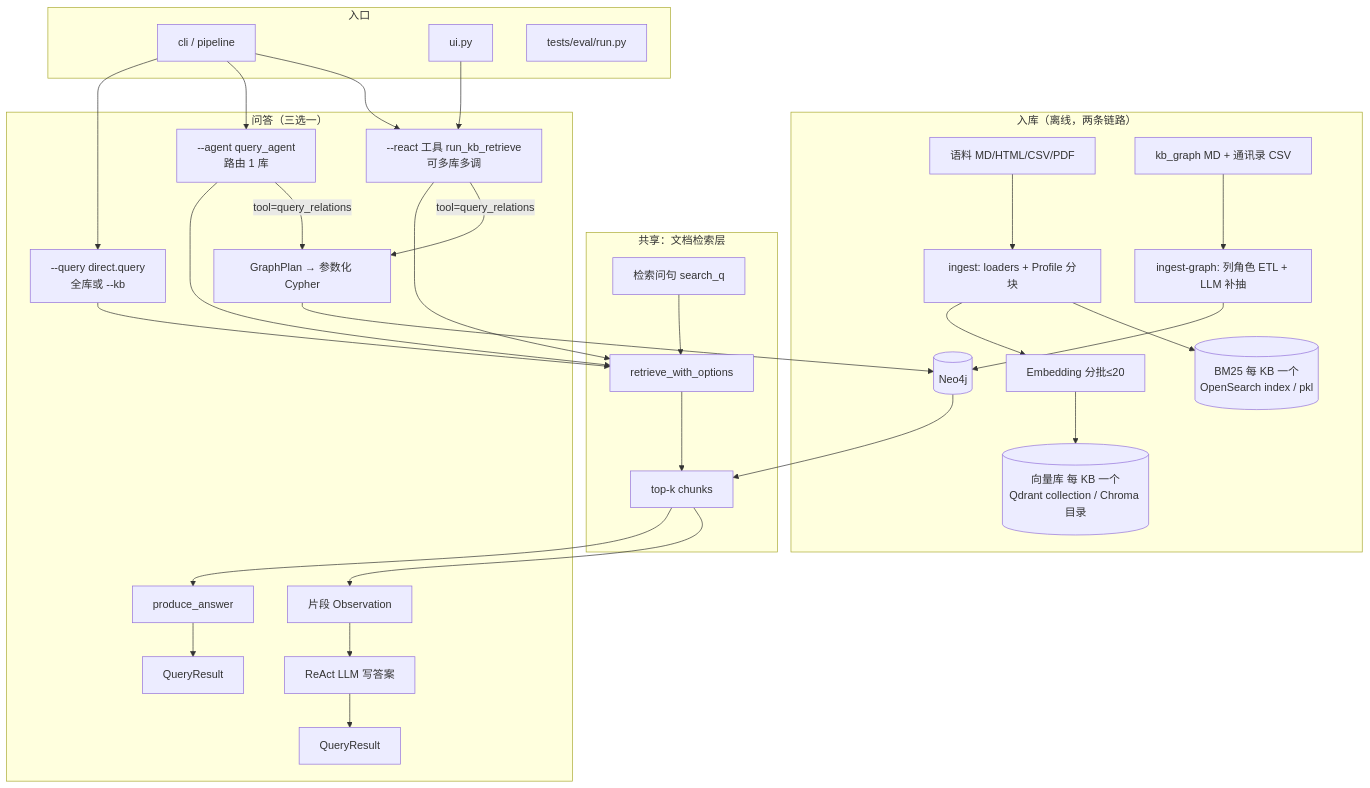
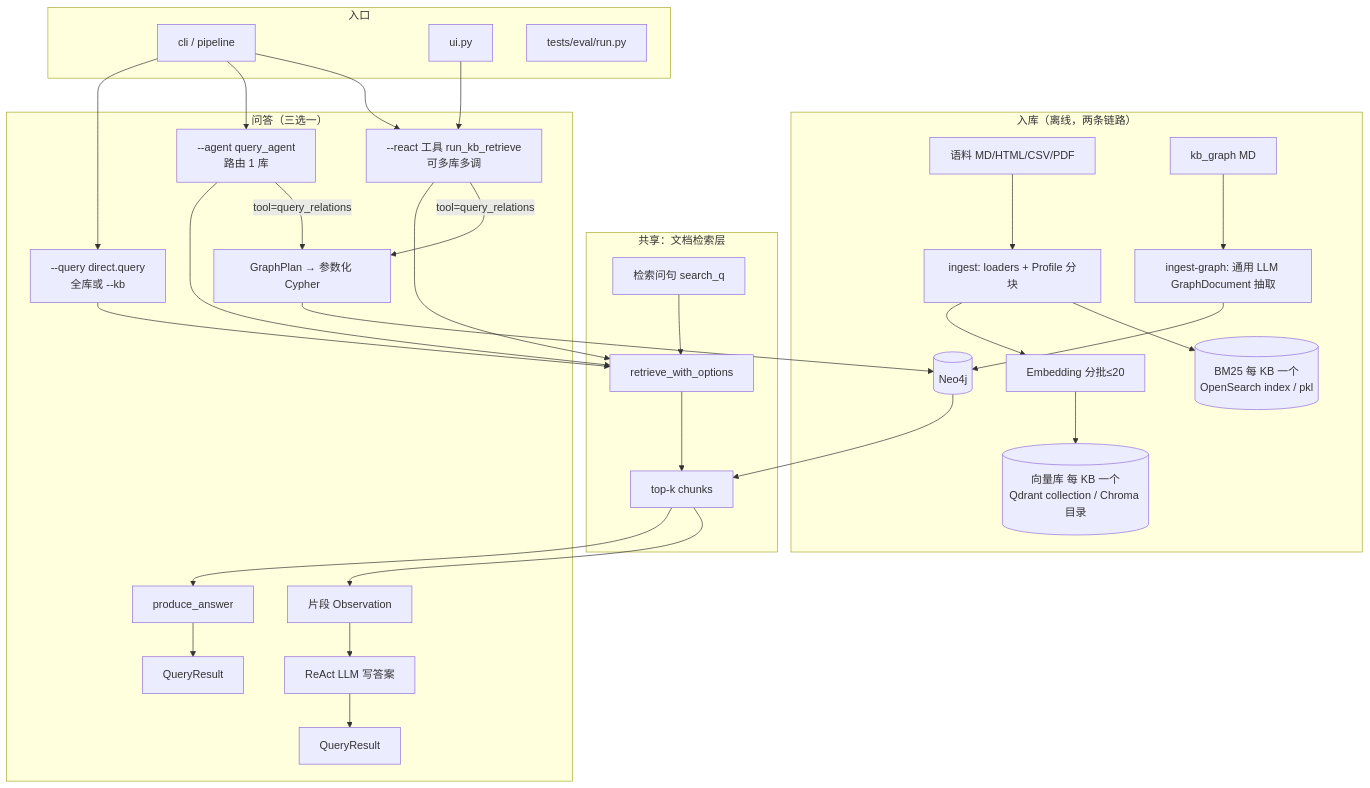
Before and after one commit to Issho-lin/rag-knowledge-assistant: the diagram in docs/architecture.md, drawn with Mermaid. The commit also changed other lines of this file and 21 other files, not shown here.

First line of the commit message:
Graph RAG 开放域整改：移除规则 ETL 与词典降级，改为严格 GraphPlan 与事务化增量。

````diff
--- a/docs/architecture.md
+++ b/docs/architecture.md
@@ -35,40 +35,40 @@
 ```mermaid
 flowchart TB
     subgraph ingest["入库（离线，两条链路）"]
         A1[语料 MD/HTML/CSV/PDF] --> A2[ingest: loaders + Profile 分块]
         A2 --> A3[Embedding 分批≤20]
         A3 --> A4[("向量库 每 KB 一个<br/>Qdrant collection / Chroma 目录")]
         A2 --> A5[("BM25 每 KB 一个<br/>OpenSearch index / pkl")]
-        G1[kb_graph MD + 通讯录 CSV] --> G2[ingest-graph: 列角色 ETL + LLM 补抽]
+        G1[kb_graph MD] --> G2[ingest-graph: 通用 LLM GraphDocument 抽取]
         G2 --> G3[(Neo4j)]
     end
 
     subgraph shared["共享：文档检索层"]
         SQ[检索问句 search_q] --> RET[retrieve_with_options]
         RET --> OUTC[top-k chunks]
     end
 
     subgraph modes["问答（三选一）"]
         M1["--query direct.query<br/>全库或 --kb"] --> RET
         M2["--agent query_agent<br/>路由 1 库"] --> RET
         M3["--react 工具 run_kb_retrieve<br/>可多库多调"] --> RET
         M2 -->|"tool=query_relations"| GQ["GraphPlan → 参数化 Cypher"]
         M3 -->|"tool=query_relations"| GQ
         GQ --> G3
         G3 --> OUTC
         OUTC --> PA[produce_answer]
         PA --> QR1[QueryResult]
         OUTC --> OBS[片段 Observation]
         OBS --> AG[ReAct LLM 写答案]
         AG --> QR2[QueryResult]
     end
 
     subgraph surface["入口"]
         CLI["cli / pipeline"]
         UI[ui.py]
         EV[tests/eval/run.py]
     end
 
     CLI --> M1 & M2 & M3
     UI --> M3
 ```
````
